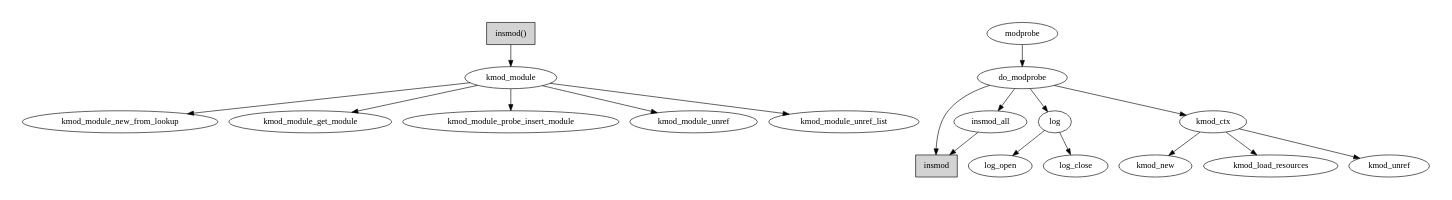
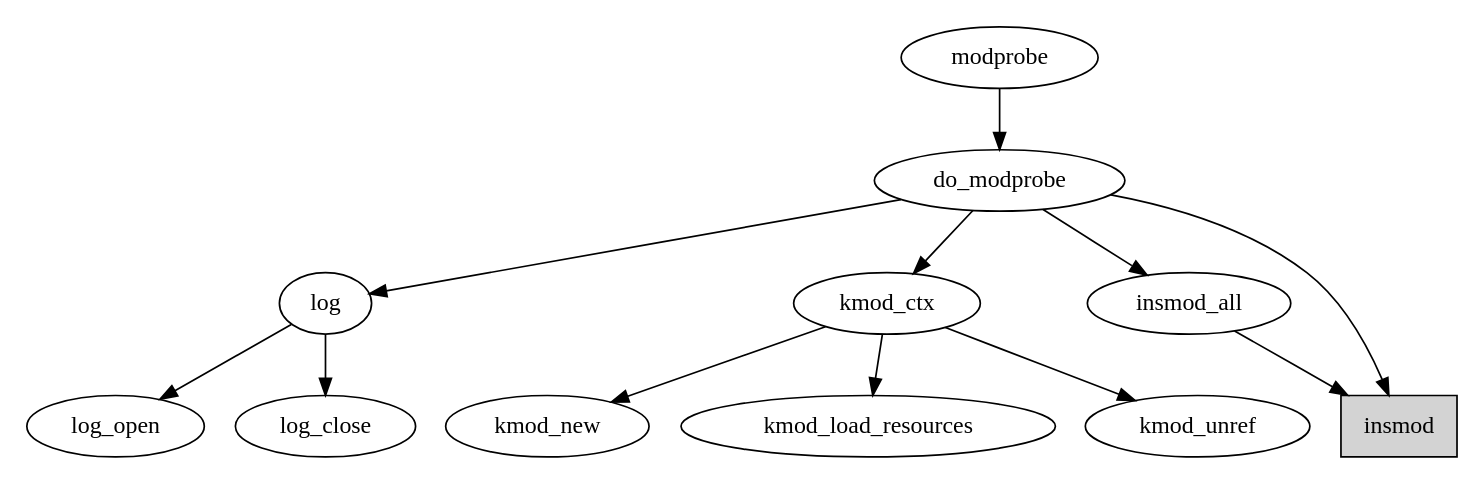
Before and after one commit to limingth/comment-subs: the diagram in pdf/figures/modprobe.dot, drawn with Graphviz. The commit also changed 89 other files, not shown here.

```diff
--- a/pdf/figures/modprobe.dot
+++ b/pdf/figures/modprobe.dot
@@ -1,36 +1,22 @@
 digraph G {
-
-	subgraph kmod_module_4_insmod 
-	{
-	"insmod()" [shape=box style="filled" gradientangle=90];
-
-	"insmod()" -> kmod_module ;
-
-	kmod_module -> kmod_module_new_from_lookup;
-	kmod_module -> kmod_module_get_module;
-	kmod_module -> kmod_module_probe_insert_module;
-	kmod_module -> kmod_module_unref;
-	kmod_module -> kmod_module_unref_list;
-
-	node [shape=box style="filled" gradientangle=90]
-			insmod;
-	}
 
 	size="7.5 7.5";  
 
 	modprobe -> do_modprobe;
 
 	do_modprobe -> log;
 	log -> log_open;
 	log -> log_close;
 
 	do_modprobe -> kmod_ctx;
 	kmod_ctx -> kmod_new;
 	kmod_ctx -> kmod_load_resources;
 	kmod_ctx -> kmod_unref;
 
 	do_modprobe -> insmod_all;
 	do_modprobe -> insmod;
 	insmod_all -> insmod;
+	
+	insmod[shape=box style="filled" gradientangle=90];
 
 } 
```
